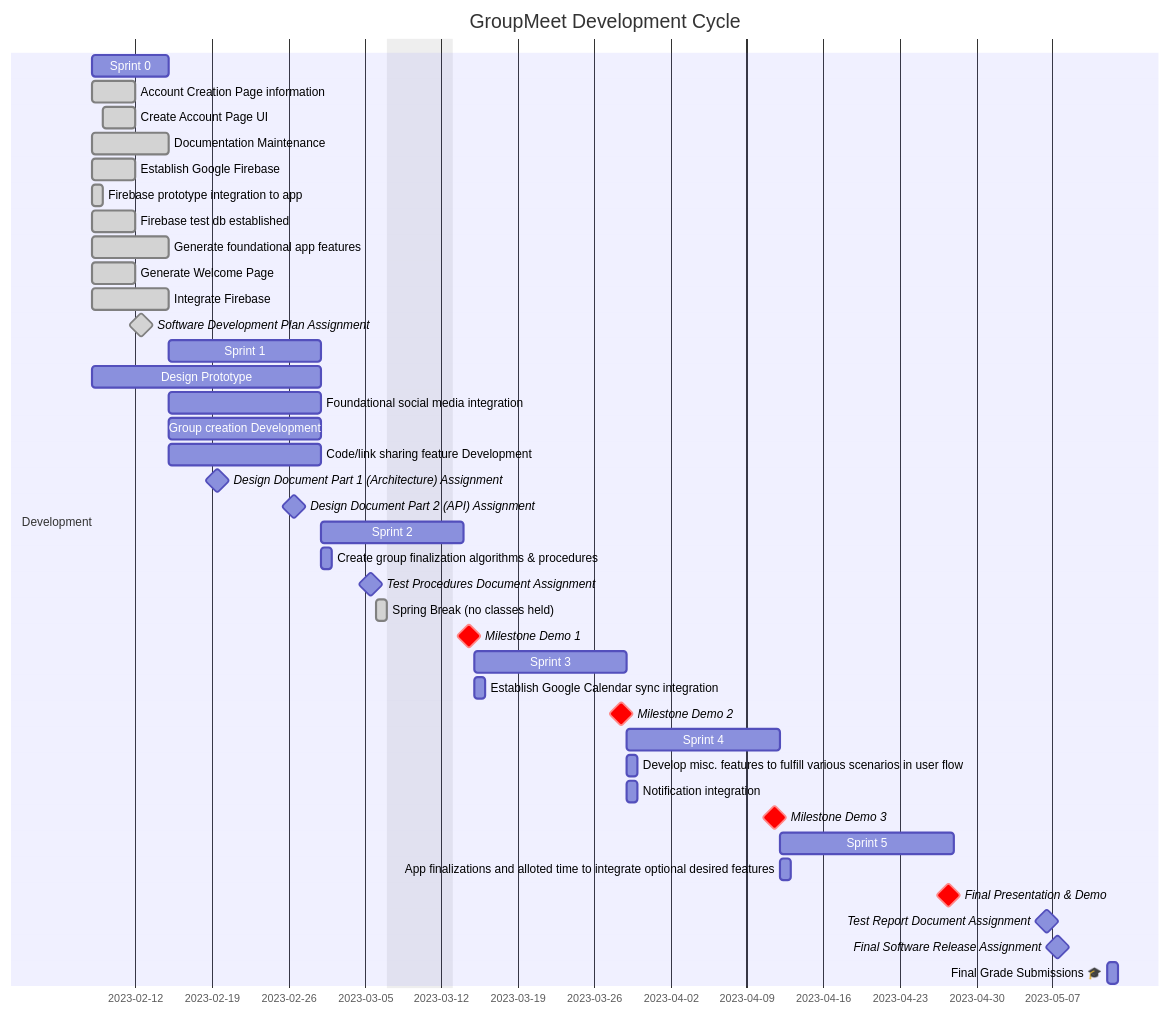
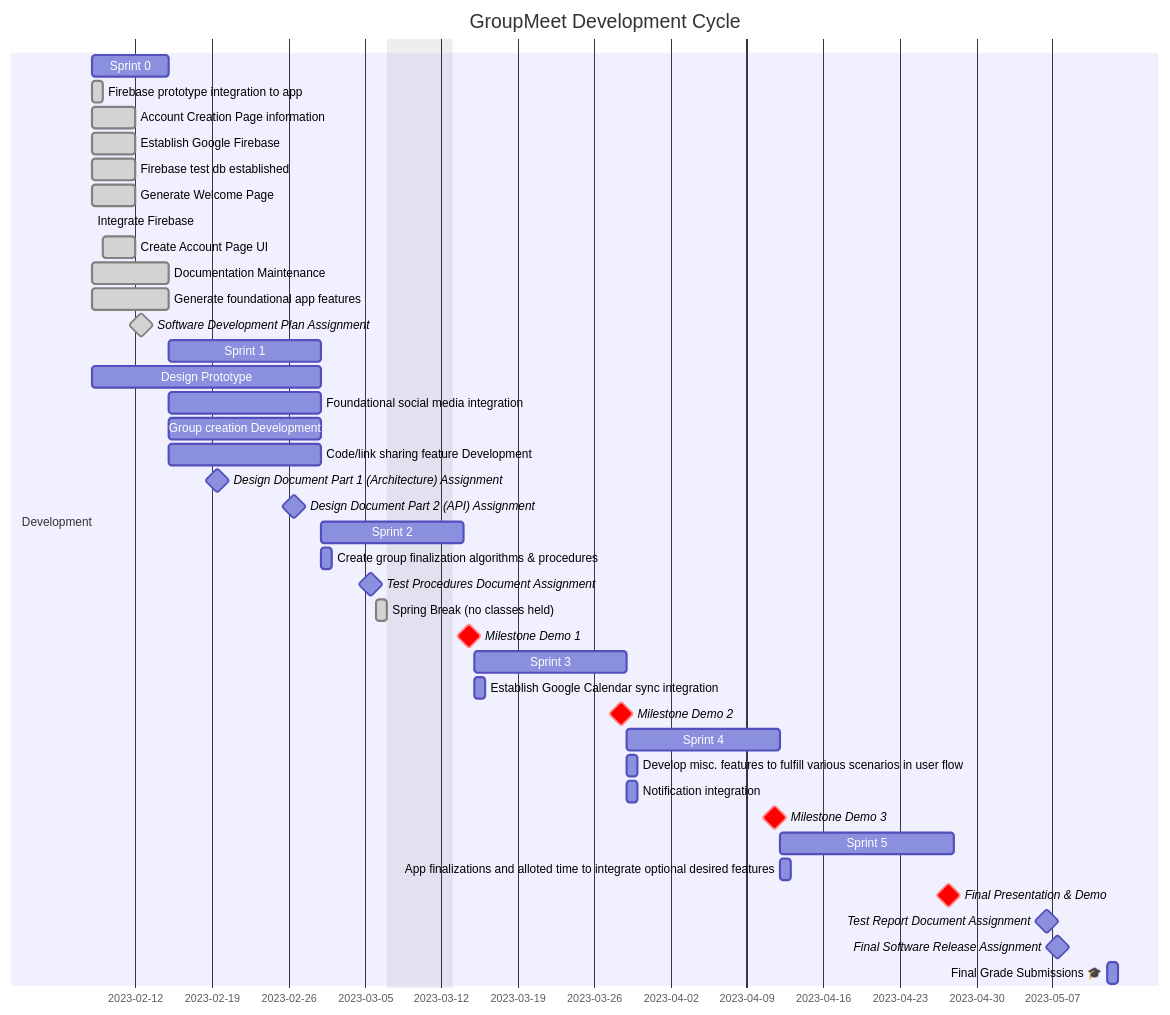
The diagram in documentation/docs/development-plan/schedule.md (Capstone-Projects-2023-Spring/project-groupmeet), drawn with Mermaid before and after one commit.

```diff
--- a/documentation/docs/development-plan/schedule.md
+++ b/documentation/docs/development-plan/schedule.md
@@ -12,23 +12,23 @@
         section Development 
          Sprint 0: , 2023-02-08, 1w
         section Development 
+         Firebase prototype integration to app:  done, 2023-02-08, 1d
+        section Development 
          Account Creation Page information:  done, 2023-02-08, 4d
+        section Development 
+         Establish Google Firebase:  done, 2023-02-08, 4d
+        section Development 
+         Firebase test db established:  done, 2023-02-08,4d
+        section Development 
+         Generate Welcome Page:  done, 2023-02-08, 4d
+        section Development 
+         Integrate Firebase:  done, 2023-02-08, 4dw
         section Development 
          Create Account Page UI:  done, 2023-02-09, 3d
         section Development 
          Documentation Maintenance:  done, 2023-02-08, 1w
         section Development 
-         Establish Google Firebase:  done, 2023-02-08, 4d
-        section Development 
-         Firebase prototype integration to app:  done, 2023-02-08, 1d
-        section Development 
-         Firebase test db established:  done, 2023-02-08,4d
-        section Development 
          Generate foundational app features:  done, 2023-02-08, 1w
-        section Development 
-         Generate Welcome Page:  done, 2023-02-08, 4d
-        section Development 
-         Integrate Firebase:  done, 2023-02-08, 1w
         section Development 
          Software Development Plan Assignment: milestone, done, 2023-02-12, 1d
          
```
